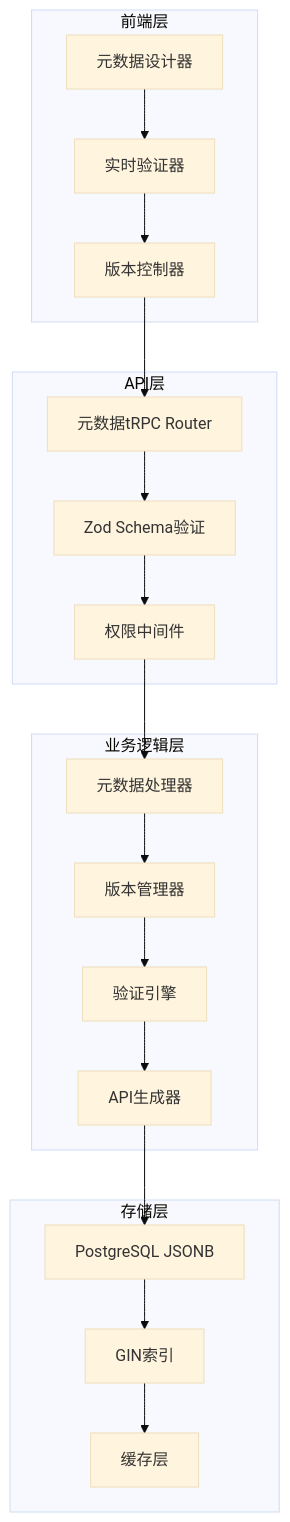
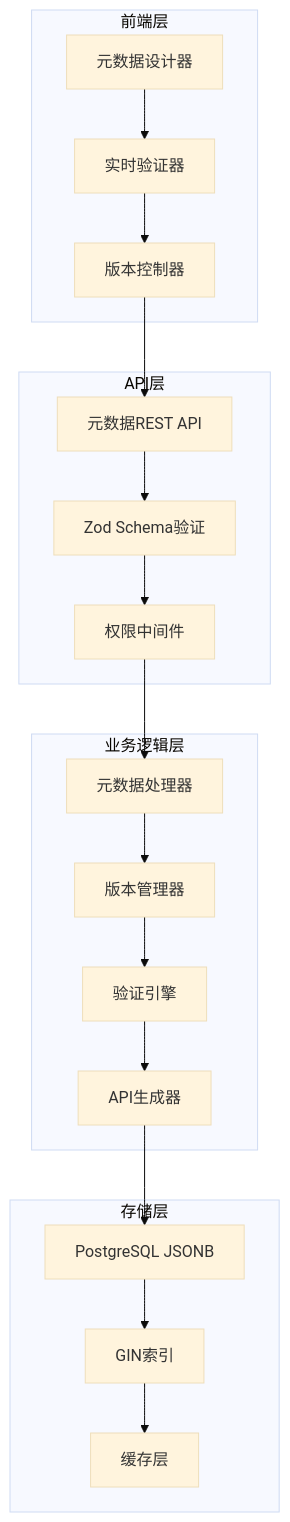
Before and after one commit to bobo522487/fastbuild: the diagram in docs/tech-spec-epic-2.md, drawn with Mermaid (base theme). The commit also changed other lines of this file and 83 other files, not shown here.

````diff
--- a/docs/tech-spec-epic-2.md
+++ b/docs/tech-spec-epic-2.md
@@ -31,27 +31,27 @@
 ```mermaid
 graph TD
     subgraph "前端层"
         A[元数据设计器] --> B[实时验证器]
         B --> C[版本控制器]
     end
 
     subgraph "API层"
-        D[元数据tRPC Router] --> E[Zod Schema验证]
+        D[元数据REST API] --> E[Zod Schema验证]
         E --> F[权限中间件]
     end
 
     subgraph "业务逻辑层"
         G[元数据处理器] --> H[版本管理器]
         H --> I[验证引擎]
         I --> J[API生成器]
     end
 
     subgraph "存储层"
         K[PostgreSQL JSONB] --> L[GIN索引]
         L --> M[缓存层]
     end
 
     C --> D
     F --> G
     J --> K
 ```
````
